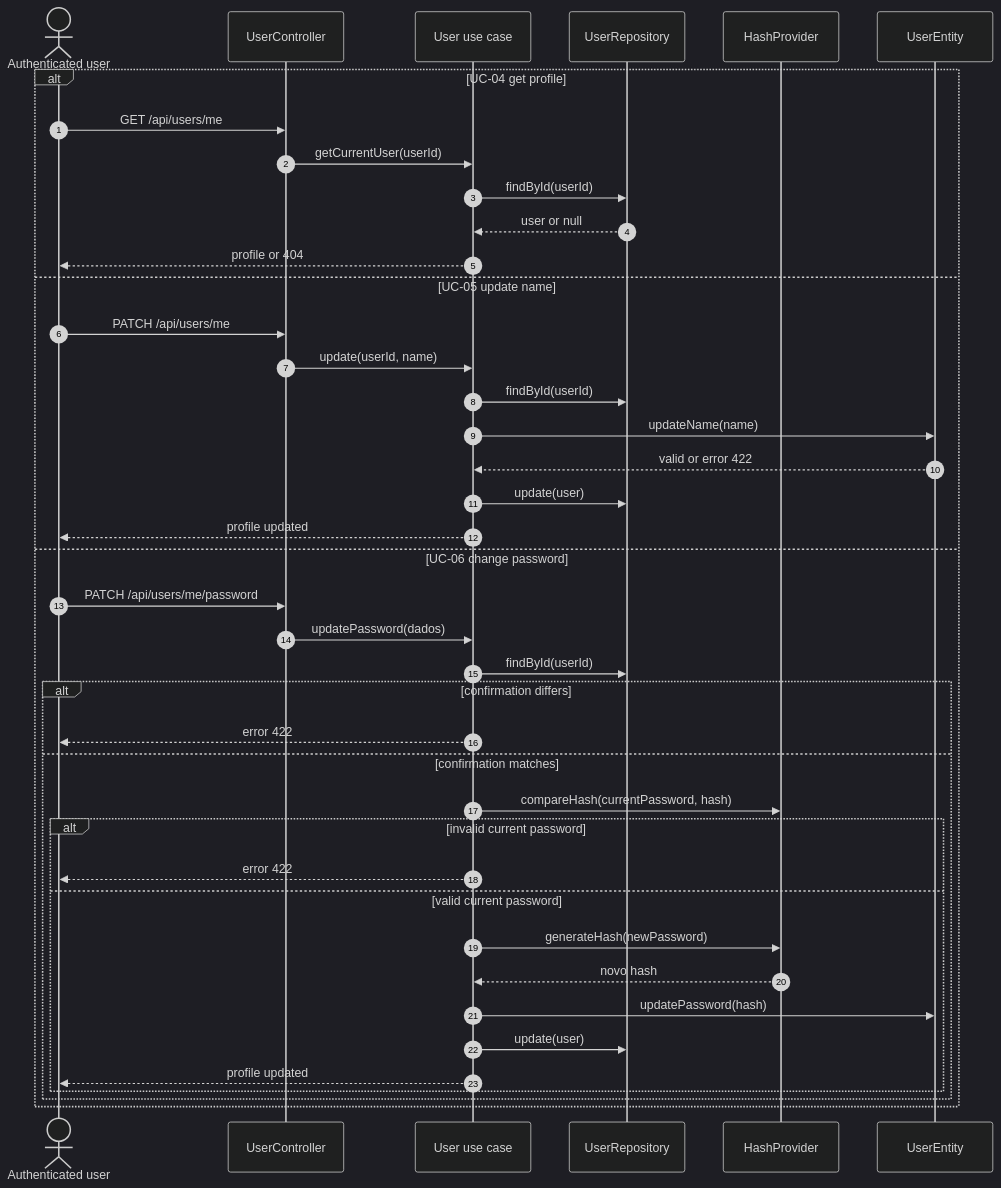
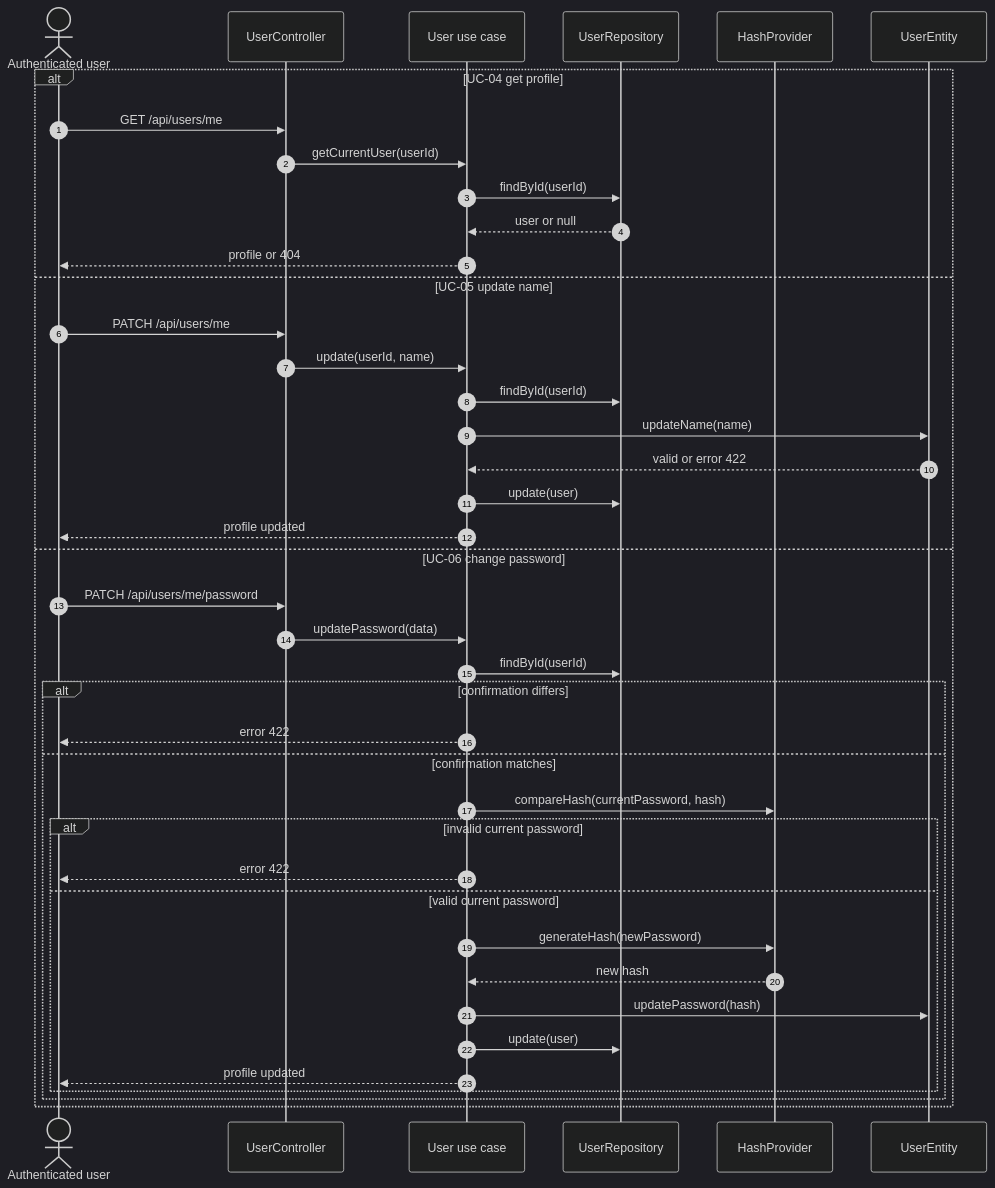
The fifth of 6 diagrams in docs/diagrams/sequences/account-and-tags.md (Lucalopezz/DevLog), drawn with Mermaid (dark theme) before and after one commit. The commit also changed other lines of this file and 68 other files, not shown here.

````diff
--- a/docs/diagrams/sequences/account-and-tags.md
+++ b/docs/diagrams/sequences/account-and-tags.md
@@ -118,44 +118,44 @@
 ```mermaid
 sequenceDiagram
     autonumber
     actor UserActor as Authenticated user
     participant C as UserController
     participant UC as User use case
     participant URepo as UserRepository
     participant Hash as HashProvider
     participant User as UserEntity
 
     alt UC-04 get profile
         UserActor->>C: GET /api/users/me
         C->>UC: getCurrentUser(userId)
         UC->>URepo: findById(userId)
         URepo-->>UC: user or null
         UC-->>UserActor: profile or 404
     else UC-05 update name
         UserActor->>C: PATCH /api/users/me
         C->>UC: update(userId, name)
         UC->>URepo: findById(userId)
         UC->>User: updateName(name)
         User-->>UC: valid or error 422
         UC->>URepo: update(user)
         UC-->>UserActor: profile updated
     else UC-06 change password
         UserActor->>C: PATCH /api/users/me/password
-        C->>UC: updatePassword(dados)
+        C->>UC: updatePassword(data)
         UC->>URepo: findById(userId)
         alt confirmation differs
             UC-->>UserActor: error 422
         else confirmation matches
             UC->>Hash: compareHash(currentPassword, hash)
             alt invalid current password
                 UC-->>UserActor: error 422
             else valid current password
                 UC->>Hash: generateHash(newPassword)
-                Hash-->>UC: novo hash
+                Hash-->>UC: new hash
                 UC->>User: updatePassword(hash)
                 UC->>URepo: update(user)
                 UC-->>UserActor: profile updated
             end
         end
     end
 ```
````
